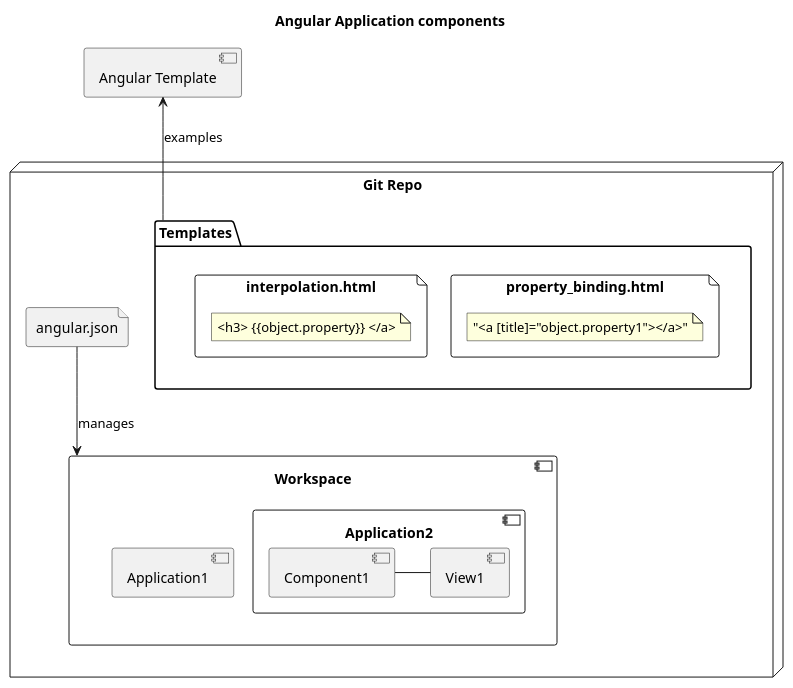
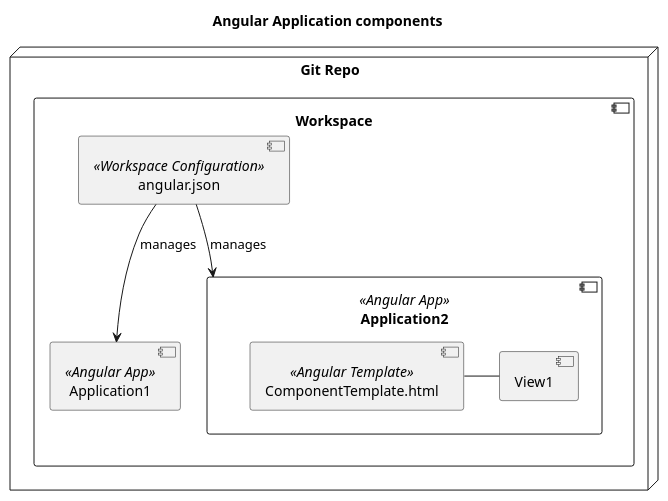
The diagram in angular-app-components.puml (pgpbpadilla/reading-notes-angular), drawn with PlantUML before and after one commit. The commit also changed 1 other file, not shown here.

Commit message:
new: doc: Binding in Templates

```diff
--- a/angular-app-components.puml
+++ b/angular-app-components.puml
@@ -1,37 +1,21 @@
 @startuml
 
 title Angular Application components
 
-component "Angular Template" as AT
+node "Git Repo" {
+	component Workspace {
+	    [angular.json] <<Workspace Configuration>>
+    	[Application1] <<Angular App>>
+    	component Application2 <<Angular App>> {
+'			left to right direction
+			[ComponentTemplate.html] <<Angular Template>> as CT
+			[CT] - [View1]
+    	}
 
-node "Git Repo" {
-	file angular.json
-	component Workspace {
-    	[Application1]
-    	component Application2 {
-    		[Component1] - [View1]
-    	}
+    	angular.json --> Application1: manages
+    	angular.json --> Application2: manages
     }
-
-    angular.json -down-> Workspace: manages
-
-	package Templates {
-		file property_binding.html {
-                		note as C
-                			"<a [title]="object.property1"></a>"
-                		end note
-            	}
-
-		file interpolation.html {
-			note as eiN
-				<h3> {{object.property}} </a>
-			end note
-		}
-	}
-
-	Templates -up-> AT: examples
-
 }
 
 
 @enduml
```
